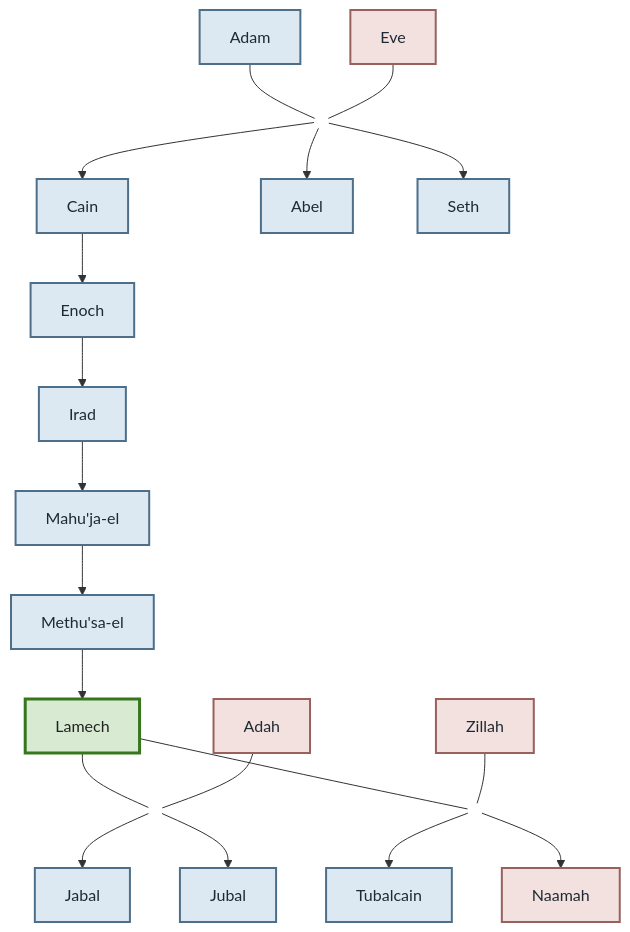
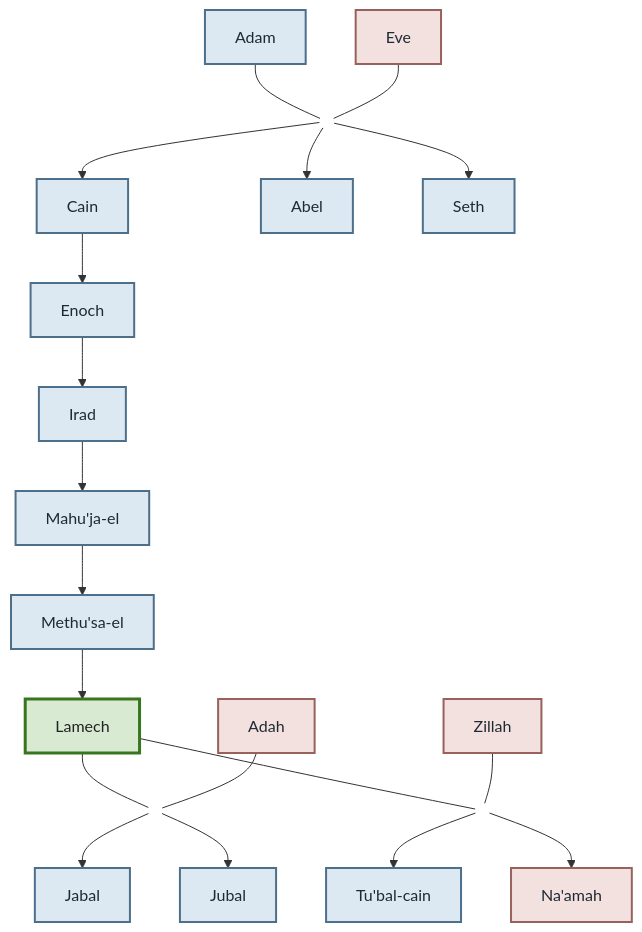
One commit to cheneuwo/KJB_JB2 changed the diagram in docs/Who_is_Who_in_Bible/L/Lamech.md. Above: the diagram before and after it, drawn with Mermaid.

Commit message:
hyperlinks in family tree

````diff
--- a/docs/Who_is_Who_in_Bible/L/Lamech.md
+++ b/docs/Who_is_Who_in_Bible/L/Lamech.md
@@ -18,36 +18,52 @@
 ```{mermaid}
 :label: fig:lamech-lineage
 :class: centered-mermaid
 
 flowchart TB
   Adam[Adam] --- union1(( ))
   Eve[Eve] --- union1
 
   union1 --> Cain[Cain]
   union1 --> Abel[Abel]
   union1 --> Seth[Seth]
   Cain --> Enoch[Enoch]
   Enoch --> Irad[Irad]
   Irad --> Mehujael[Mahu'ja-el]
   Mehujael --> Methusael[Methu'sa-el]
   Methusael --> Lamech[Lamech]
 
   Lamech --- unionAdah(( ))
   Adah[Adah] --- unionAdah
   Lamech --- unionZillah(( ))
   Zillah[Zillah] --- unionZillah
   unionAdah --> Jabal[Jabal]
   unionAdah --> Jubal[Jubal]
-  unionZillah --> Tubalcain[Tubalcain]
-  unionZillah --> Naamah[Naamah]
+  unionZillah --> Tubalcain[Tu'bal-cain]
+  unionZillah --> Naamah[Na'amah]
+  
+  click Adam href "../adam" "about Adam" _self
+  click Eve href "../eve" "about Eve" _self
+  click Cain href "../cain" "about Cain" _self
+  click Abel href "../abel" "about Abel" _self
+  click Seth href "../seth" "about Seth" _self
+  click Enoch href "../enoch" "about Enoch" _self
+  click Irad href "../irad" "about Irad" _self
+  click Mehujael href "../mehujael" "about Mehu'ja-el" _self
+  click Methusael href "../methusael" "about Methusael" _self
+  click Adah href "../adah" "about Adah" _self
+  click Zillah href "../zillah" "about Zillah" _self
+  click Jabal href "../jabal" "about Jabal" _self
+  click Jubal href "../jubal" "about Jubal" _self
+  click Tubalcain href "../tubalcain" "about Tu'bal-cain" _self
+  click Naamah href "../naamah" "about Na'amah" _self
 
   classDef male fill:#DCE8F2,stroke:#4D6F8A,stroke-width:2px,color:#1F2933;
   classDef female fill:#F2E1DF,stroke:#98615D,stroke-width:2px,color:#1F2933;
   classDef union fill:none,stroke:none;
   classDef focus fill:#d9ead3,stroke:#38761d,stroke-width:3px,color:#222;
 
   class Eve,Adah,Zillah,Naamah female
   class Adam,Cain,Abel,Seth,Enoch,Irad,Mehujael,Methusael,Jabal,Jubal,Tubalcain male;
   class union1,unionAdah,unionZillah union;
   class Lamech focus;
 ```
````
